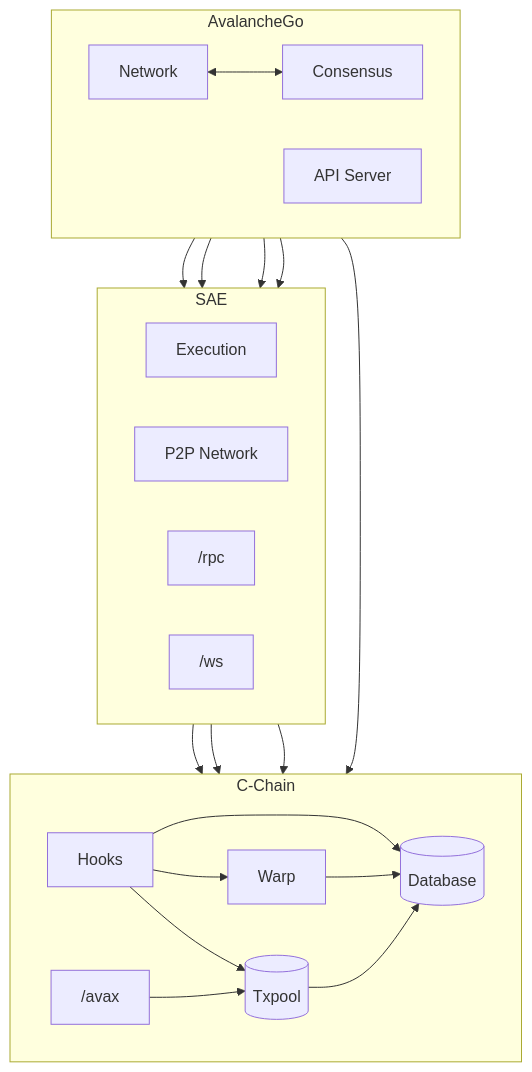
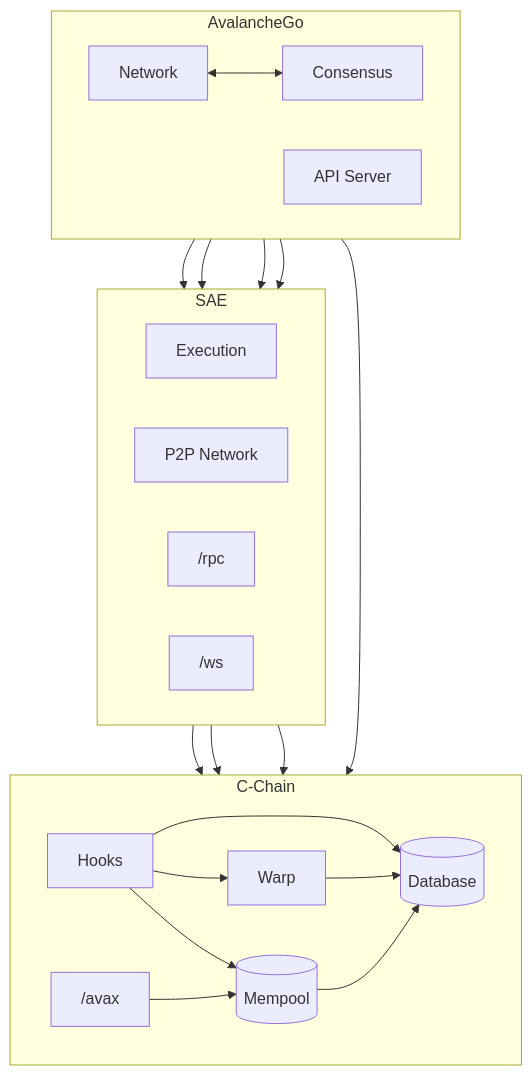
One commit to ava-labs/avalanchego changed the first of 3 diagrams in vms/saevm/cchain/README.md. Above: the diagram before and after it, drawn with Mermaid. The commit also changed other lines of this file, not shown here.

Commit message:
call it a mempool, rather than a txpool

````diff
--- a/vms/saevm/cchain/README.md
+++ b/vms/saevm/cchain/README.md
@@ -13,45 +13,45 @@
 ```mermaid
 flowchart TB
     subgraph avago["AvalancheGo"]
         direction LR
         consensus["Consensus"]
         network["Network"]
         apiserver["API Server"]
     end
 
     subgraph sae["SAE"]
         direction LR
         execution["Execution"]
         p2pn["P2P Network"]
         rpc["/rpc"]
         ws["/ws"]
     end
 
     subgraph cchain["C-Chain"]
         direction LR
         hook["Hooks"]
         warp["Warp"]
         db[("Database")]
-        txpool[("Txpool")]
+        mempool[("Mempool")]
         avax["/avax"]
     end
 
     network <--> consensus
     network --> p2pn
     consensus --> execution
     apiserver --> rpc
     apiserver --> ws
     apiserver --> avax
     execution --> hook
 
     hook --> warp
     p2pn --> warp
 
-    hook --> txpool
-    p2pn --> txpool
-    avax --> txpool
+    hook --> mempool
+    p2pn --> mempool
+    avax --> mempool
 
     hook --> db
     warp --> db
-    txpool --> db
+    mempool --> db
 ```
````
